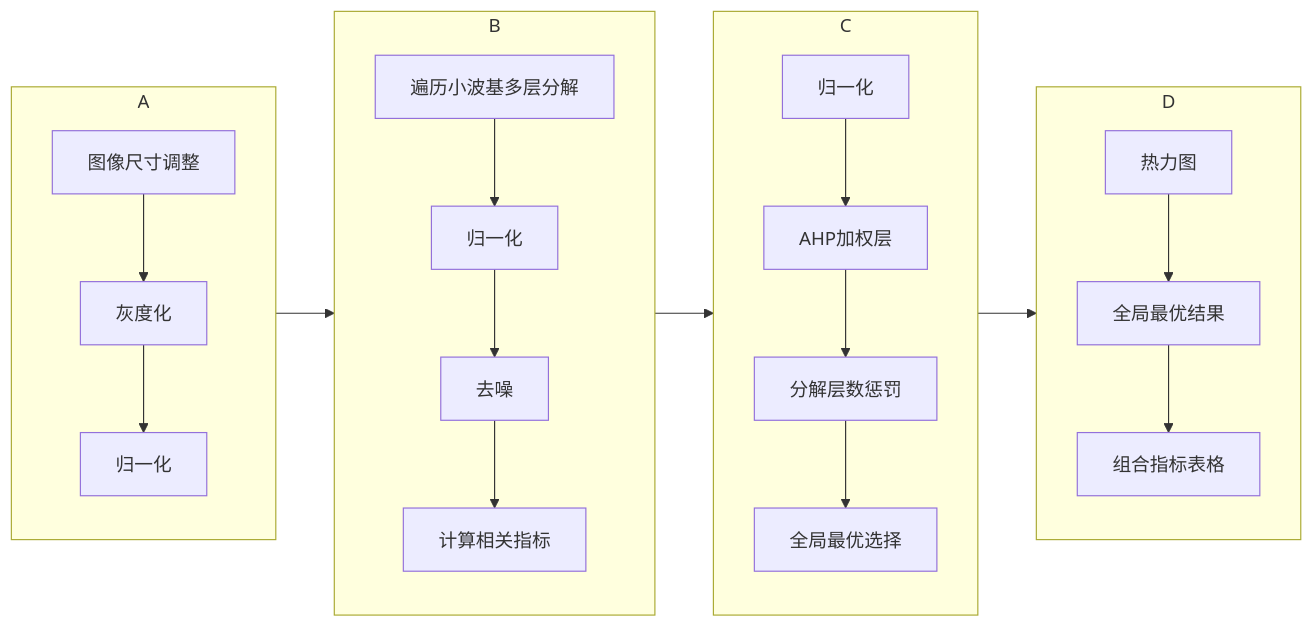
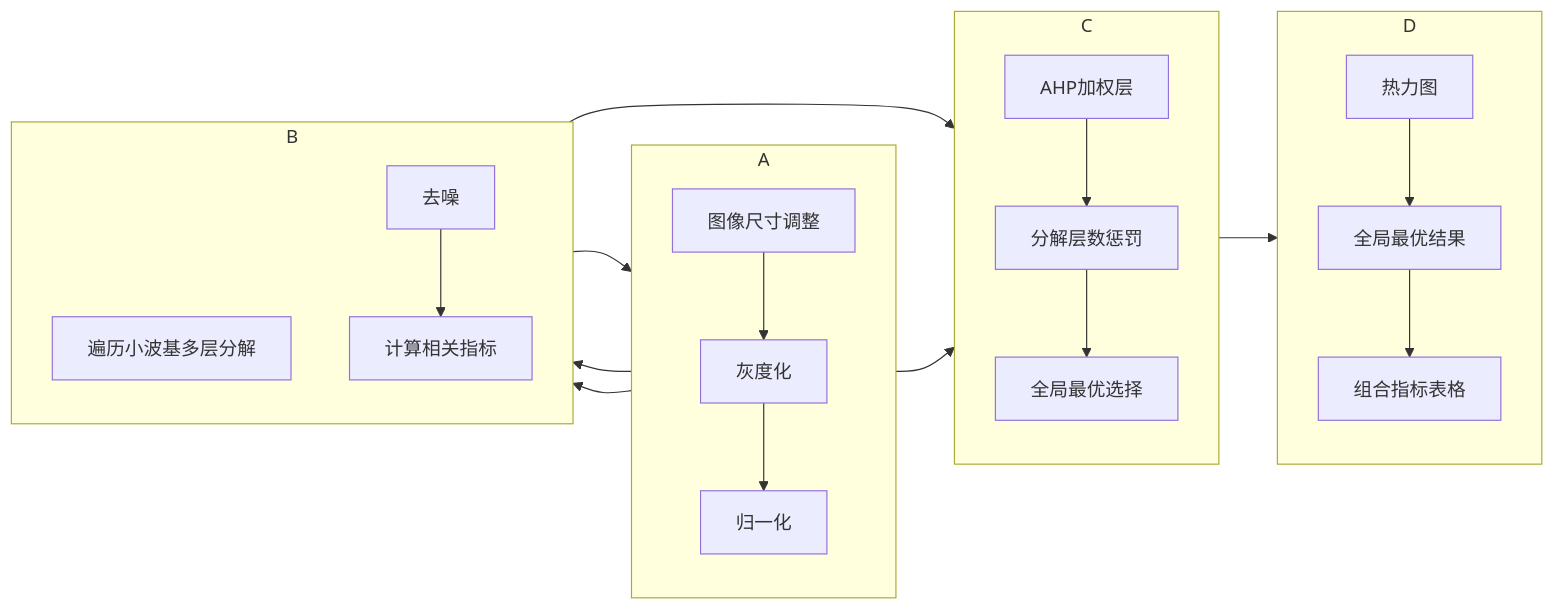
Before and after one commit to Linziyang1026/iodraw-files: the diagram in all/未命名.md, drawn with Mermaid.

Commit message:
2025-05-11 00:15:01 update

````diff
--- a/all/未命名.md
+++ b/all/未命名.md
@@ -1,18 +1,20 @@
 ```mermaid
 graph LR
-    A[图像预处理] --> B[小波去噪与重构] --> C[多指标决策] --> D[可视化结果]
-    subgraph A
-        A1[图像尺寸调整] --> A2[灰度化] --> A3[归一化]
-    end
-    subgraph B
-        B1[遍历小波基多层分解] --> B2[归一化] --> B3[去噪] --> B4[计算相关指标]
-    end
-    subgraph C
-        C1[归一化] --> C2[AHP加权层] --> C3[分解层数惩罚] --> C4[全局最优选择]
-    end
-    subgraph D
-        D1[热力图] --> D2[全局最优结果] --> D3[组合指标表格]
-    end
-
-
+A[图像预处理] --> B[小波去噪与重构] --> C[多指标决策] --> D[可视化结果]
+subgraph A
+direction TD
+图像尺寸调整 --> 灰度化 --> 归一化
+end
+subgraph B
+direction TD
+遍历小波基多层分解 --> 归一化 --> 去噪 --> 计算相关指标
+end
+subgraph C
+direction TD
+归一化 --> AHP加权层 --> 分解层数惩罚 --> 全局最优选择
+end
+subgraph D
+direction TD
+热力图 --> 全局最优结果 --> 组合指标表格
+end
 ```
````
